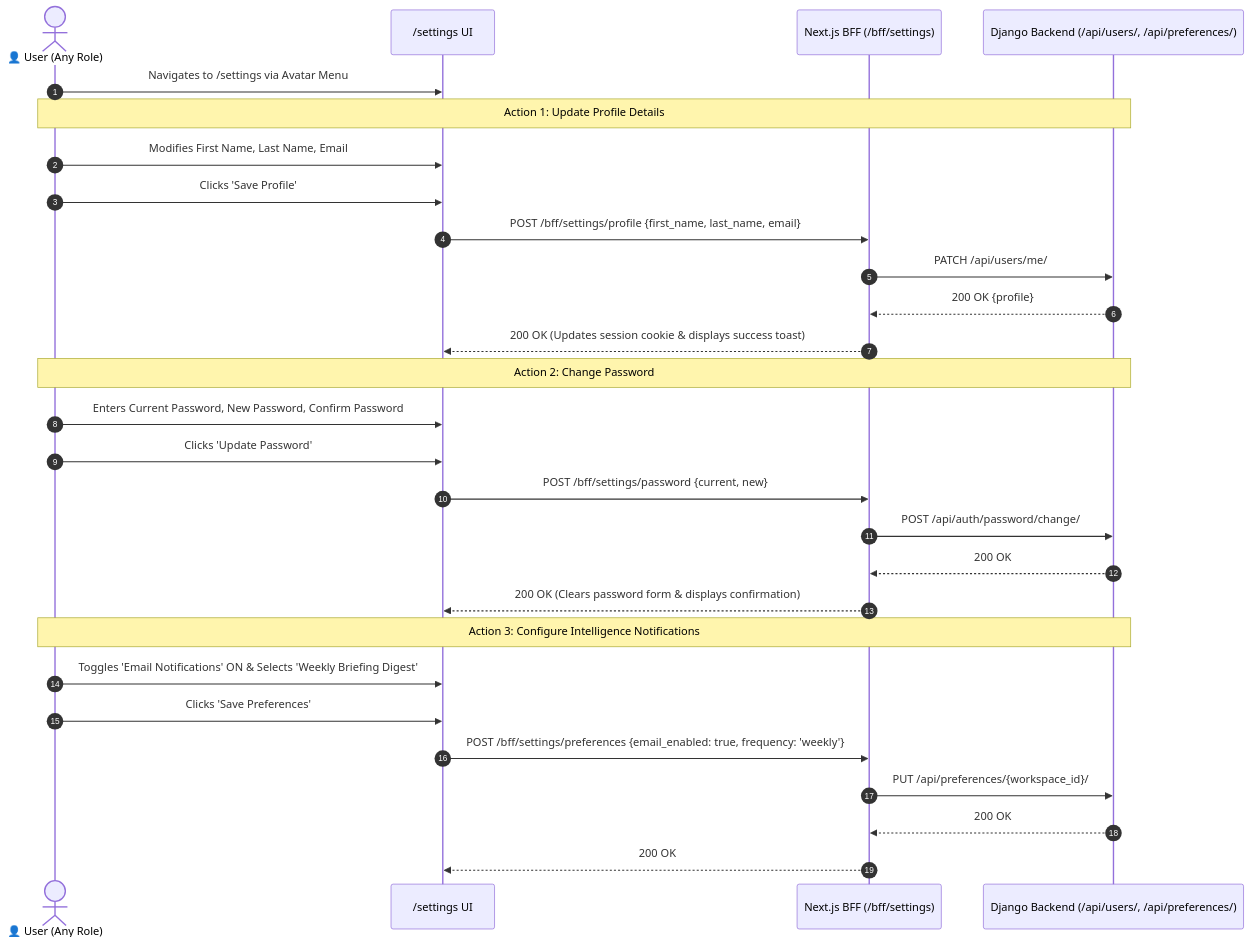
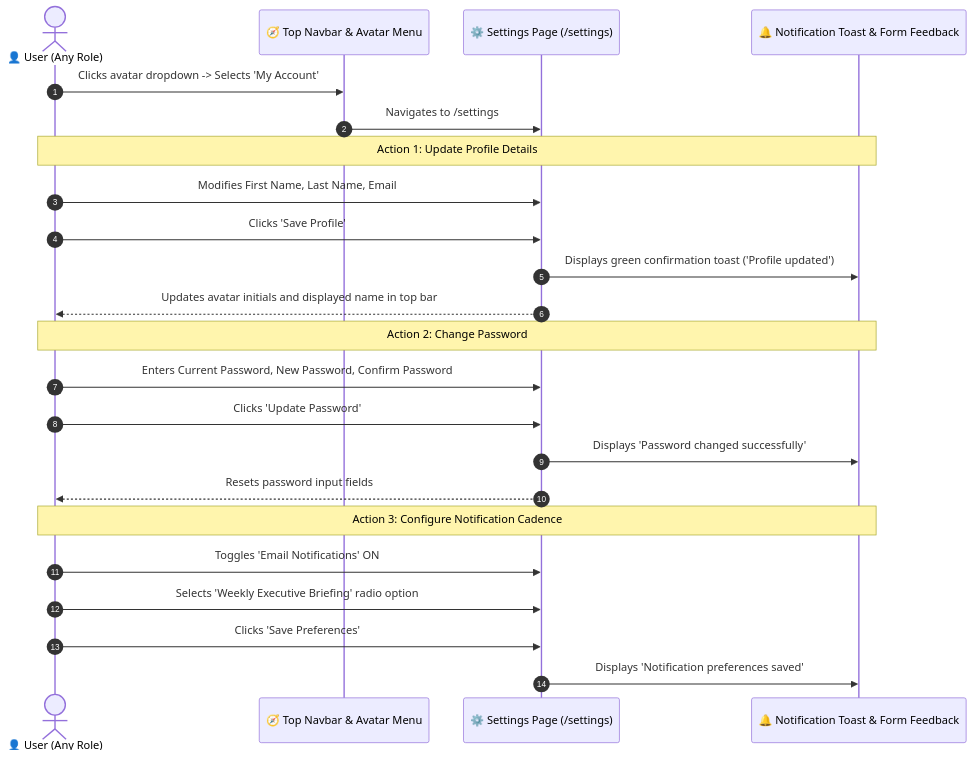
The fifth of 5 diagrams in docs/user_journeys/stage_2_user_journeys.md (p4ku/research-intelligence), drawn with Mermaid before and after one commit. The commit also changed other lines of this file, not shown here.

Commit message:
docs: refine user journeys to be strictly frontend-centric (User <-> UI screens & state transitions)

````diff
--- a/docs/user_journeys/stage_2_user_journeys.md
+++ b/docs/user_journeys/stage_2_user_journeys.md
@@ -277,34 +281,29 @@
 ```mermaid
 sequenceDiagram
     autonumber
     actor User as 👤 User (Any Role)
-    participant SettingsUI as /settings UI
-    participant NextBFF as Next.js BFF (/bff/settings)
-    participant DjangoAPI as Django Backend (/api/users/, /api/preferences/)
+    participant AvatarMenu as 🧭 Top Navbar & Avatar Menu
+    participant SettingsPage as ⚙️ Settings Page (/settings)
+    participant Toast as 🔔 Notification Toast & Form Feedback
 
-    User->>SettingsUI: Navigates to /settings via Avatar Menu
+    User->>AvatarMenu: Clicks avatar dropdown -> Selects 'My Account'
+    AvatarMenu->>SettingsPage: Navigates to /settings
 
-    Note over User,DjangoAPI: Action 1: Update Profile Details
-    User->>SettingsUI: Modifies First Name, Last Name, Email
-    User->>SettingsUI: Clicks 'Save Profile'
-    SettingsUI->>NextBFF: POST /bff/settings/profile {first_name, last_name, email}
-    NextBFF->>DjangoAPI: PATCH /api/users/me/
-    DjangoAPI-->>NextBFF: 200 OK {profile}
-    NextBFF-->>SettingsUI: 200 OK (Updates session cookie & displays success toast)
+    Note over User,Toast: Action 1: Update Profile Details
+    User->>SettingsPage: Modifies First Name, Last Name, Email
+    User->>SettingsPage: Clicks 'Save Profile'
+    SettingsPage->>Toast: Displays green confirmation toast ('Profile updated')
+    SettingsPage-->>User: Updates avatar initials and displayed name in top bar
 
-    Note over User,DjangoAPI: Action 2: Change Password
-    User->>SettingsUI: Enters Current Password, New Password, Confirm Password
-    User->>SettingsUI: Clicks 'Update Password'
-    SettingsUI->>NextBFF: POST /bff/settings/password {current, new}
-    NextBFF->>DjangoAPI: POST /api/auth/password/change/
-    DjangoAPI-->>NextBFF: 200 OK
-    NextBFF-->>SettingsUI: 200 OK (Clears password form & displays confirmation)
+    Note over User,Toast: Action 2: Change Password
+    User->>SettingsPage: Enters Current Password, New Password, Confirm Password
+    User->>SettingsPage: Clicks 'Update Password'
+    SettingsPage->>Toast: Displays 'Password changed successfully'
+    SettingsPage-->>User: Resets password input fields
 
-    Note over User,DjangoAPI: Action 3: Configure Intelligence Notifications
-    User->>SettingsUI: Toggles 'Email Notifications' ON & Selects 'Weekly Briefing Digest'
-    User->>SettingsUI: Clicks 'Save Preferences'
-    SettingsUI->>NextBFF: POST /bff/settings/preferences {email_enabled: true, frequency: 'weekly'}
-    NextBFF->>DjangoAPI: PUT /api/preferences/{workspace_id}/
-    DjangoAPI-->>NextBFF: 200 OK
-    NextBFF-->>SettingsUI: 200 OK
+    Note over User,Toast: Action 3: Configure Notification Cadence
+    User->>SettingsPage: Toggles 'Email Notifications' ON
+    User->>SettingsPage: Selects 'Weekly Executive Briefing' radio option
+    User->>SettingsPage: Clicks 'Save Preferences'
+    SettingsPage->>Toast: Displays 'Notification preferences saved'
 ```
````
